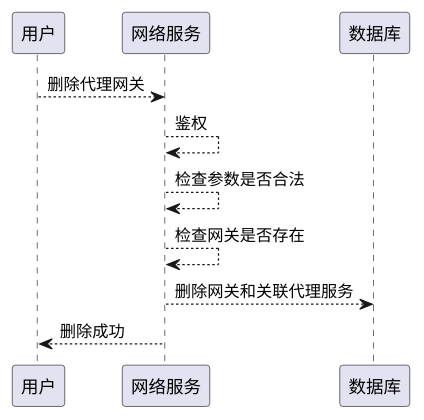
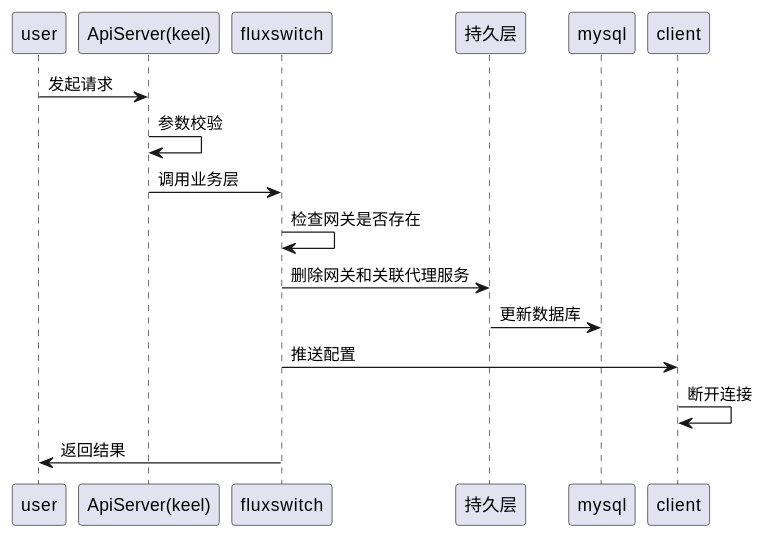
Before and after one commit to tkeel-io/docs: the sixth of 12 diagrams in docs/api/appendix/plantuml/fluxswitch.md, drawn with PlantUML. The commit also changed other lines of this file and 2 other files, not shown here.

Commit message:
feat: update plugin manager uml & fluxswicth manager

````diff
--- a/docs/api/appendix/plantuml/fluxswitch.md
+++ b/docs/api/appendix/plantuml/fluxswitch.md
@@ -133,14 +154,19 @@
 ```plantuml
+@startuml
+participant "user" as user
+participant "ApiServer(keel)" as keel
+participant "fluxswitch" as fluxswitch
+participant "持久层" as dblayer
+participant "mysql" as mysql
 
-participant "用户" as user
-participant "网络服务" as fluxswitch
-participant "数据库"  as db
-
-user --> fluxswitch : 删除代理网关
-fluxswitch --> fluxswitch : 鉴权
-fluxswitch --> fluxswitch : 检查参数是否合法
-fluxswitch --> fluxswitch : 检查网关是否存在
-fluxswitch --> db : 删除网关和关联代理服务
-fluxswitch --> user : 删除成功
-
+user -> keel : 发起请求
+keel -> keel : 参数校验 
+keel -> fluxswitch : 调用业务层
+fluxswitch -> fluxswitch : 检查网关是否存在
+fluxswitch -> dblayer : 删除网关和关联代理服务
+dblayer -> mysql : 更新数据库
+fluxswitch -> client : 推送配置
+client -> client : 断开连接
+fluxswitch -> user : 返回结果
+@enduml
 ```
````
